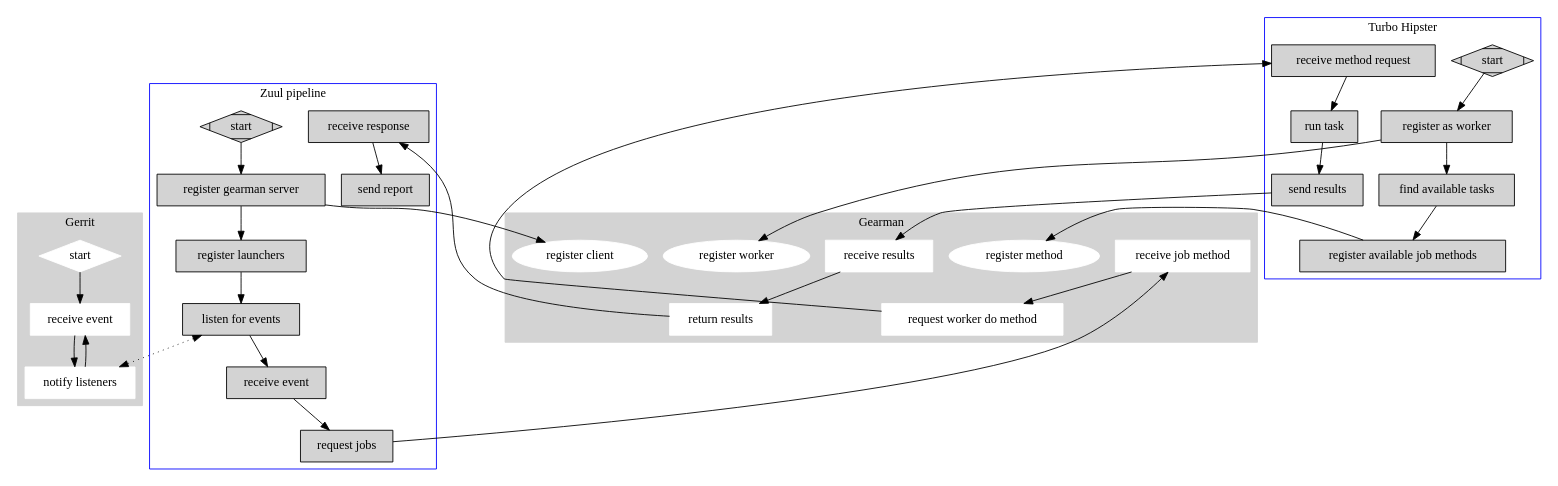
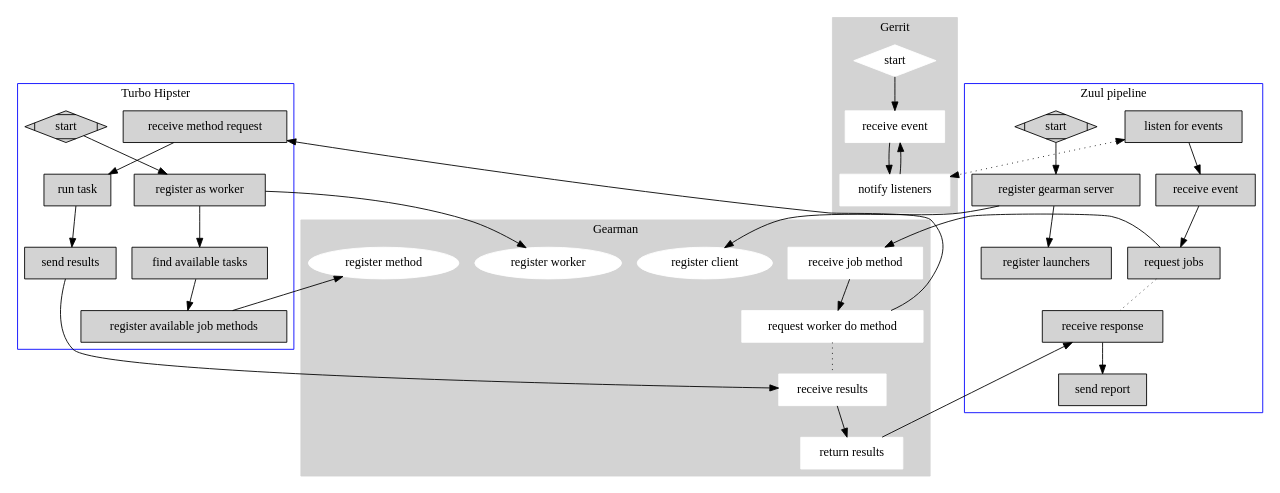
Before and after one commit to openstack-archive/turbo-hipster: the diagram in doc/source/intro.rst, drawn with Graphviz. The commit also changed other lines of this file and 2 other files, not shown here.

Commit message:
updates to doc graph

```diff
--- a/doc/source/intro.rst
+++ b/doc/source/intro.rst
@@ -52,7 +52,9 @@
             z006 [shape=box, label="receive response"];
             z007 [shape=box, label="send report"];
 
-            z000 -> z001 -> z002 -> z003 -> z004 -> z005;
+            z000 -> z001 -> z002;
+            z003 -> z004 -> z005;
+            z005 -> z006 [dir=none, style=dotted];
             z006 -> z007;
 
        }
@@ -73,6 +75,7 @@
             gms002 [label="register method"];
 
             gm001 -> gm002;
+            gm002 -> gm003 [dir=none, style=dotted];
             gm003 -> gm004;
        }
 
```
